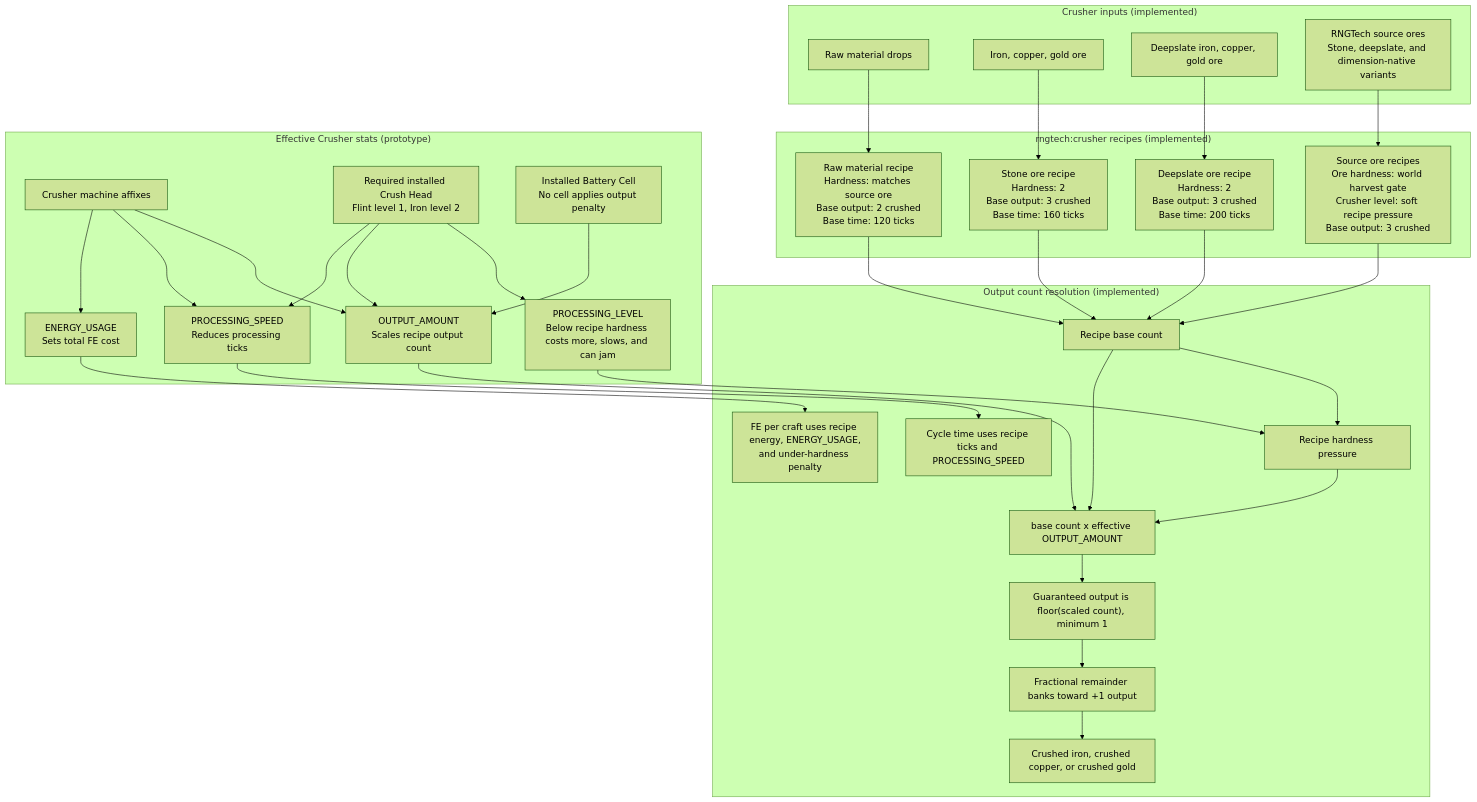
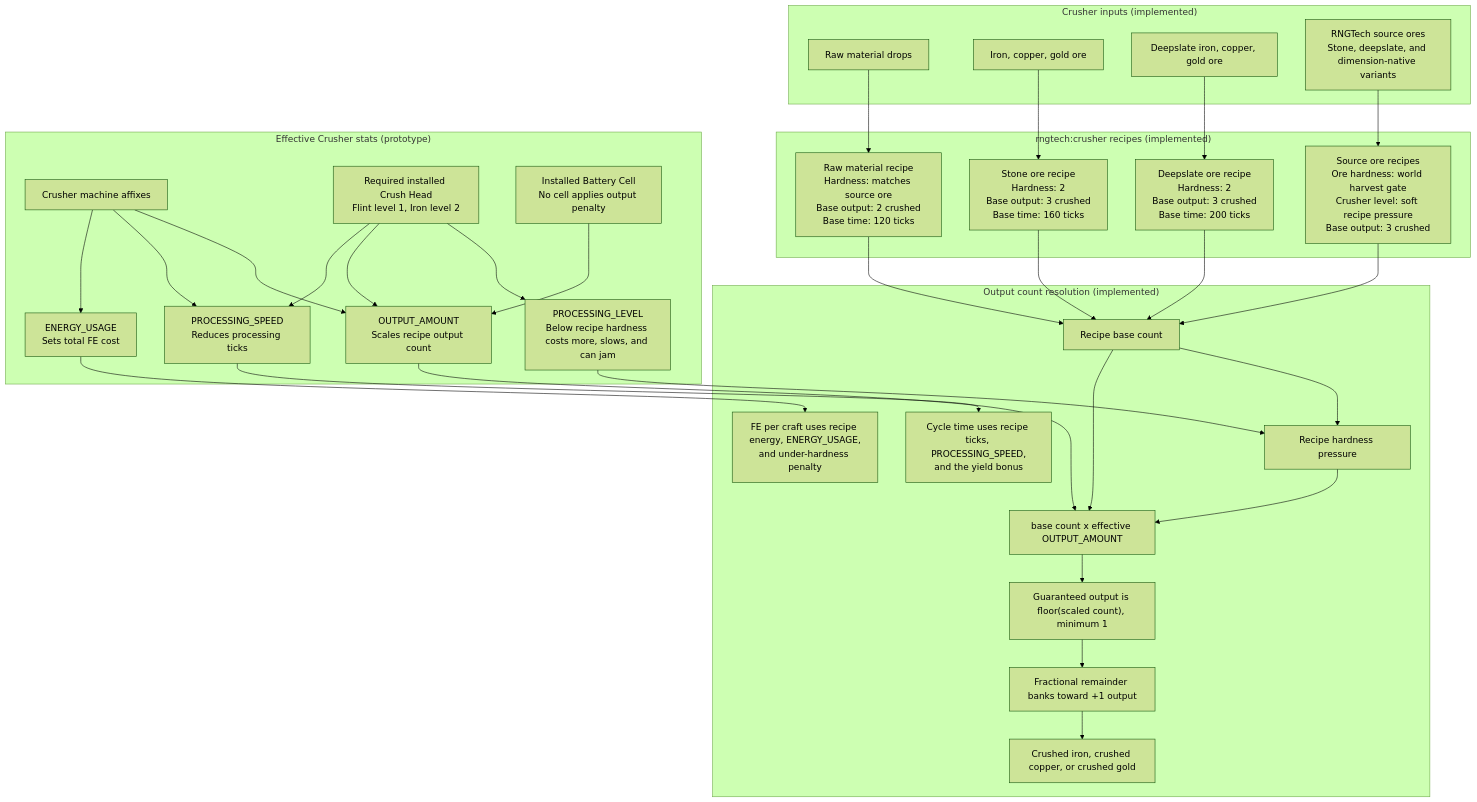
Before and after one commit to C-Pettersson/rngtech: the second of 2 diagrams in docs/systems/stage-progression-and-ore-duplication.md, drawn with Mermaid (forest theme). The commit also changed other lines of this file and 42 other files, not shown here.

First line of the commit message:
fix(balance): anchor Crusher yield and make it cost processing time

````diff
--- a/docs/systems/stage-progression-and-ore-duplication.md
+++ b/docs/systems/stage-progression-and-ore-duplication.md
@@ -66,63 +66,63 @@
 ```mermaid
 flowchart TD
     subgraph inputs["Crusher inputs (implemented)"]
         Raw["Raw material drops"]
         Ore["Iron, copper, gold ore"]
         Deepslate["Deepslate iron, copper, gold ore"]
         RngtechOre["RNGTech source ores\nStone, deepslate, and dimension-native variants"]
     end
 
     subgraph recipes["rngtech:crusher recipes (implemented)"]
         RawRecipe["Raw material recipe\nHardness: matches source ore\nBase output: 2 crushed\nBase time: 120 ticks"]
         OreRecipe["Stone ore recipe\nHardness: 2\nBase output: 3 crushed\nBase time: 160 ticks"]
         DeepslateRecipe["Deepslate ore recipe\nHardness: 2\nBase output: 3 crushed\nBase time: 200 ticks"]
         RngtechRecipe["Source ore recipes\nOre hardness: world harvest gate\nCrusher level: soft recipe pressure\nBase output: 3 crushed"]
     end
 
     subgraph stats["Effective Crusher stats (prototype)"]
         MachineAffixes["Crusher machine affixes"]
         CrushHead["Required installed Crush Head\nFlint level 1, Iron level 2"]
         Hardness["PROCESSING_LEVEL\nBelow recipe hardness costs more, slows, and can jam"]
         BatteryCell["Installed Battery Cell\nNo cell applies output penalty"]
         OutputAmount["OUTPUT_AMOUNT\nScales recipe output count"]
         ProcessingSpeed["PROCESSING_SPEED\nReduces processing ticks"]
         EnergyUsage["ENERGY_USAGE\nSets total FE cost"]
     end
 
     subgraph output["Output count resolution (implemented)"]
         BaseCount["Recipe base count"]
         HardnessGate["Recipe hardness pressure"]
-        CycleTime["Cycle time uses recipe ticks and PROCESSING_SPEED"]
+        CycleTime["Cycle time uses recipe ticks, PROCESSING_SPEED,\nand the yield bonus"]
         FeCost["FE per craft uses recipe energy, ENERGY_USAGE,\nand under-hardness penalty"]
         ScaledCount["base count x effective OUTPUT_AMOUNT"]
         Guaranteed["Guaranteed output is floor(scaled count), minimum 1"]
         Fractional["Fractional remainder banks toward +1 output"]
         Crushed["Crushed iron, crushed copper, or crushed gold"]
     end
 
     Raw --> RawRecipe
     Ore --> OreRecipe
     Deepslate --> DeepslateRecipe
     RngtechOre --> RngtechRecipe
 
     RawRecipe --> BaseCount
     OreRecipe --> BaseCount
     DeepslateRecipe --> BaseCount
     RngtechRecipe --> BaseCount
 
     MachineAffixes --> OutputAmount
     CrushHead --> Hardness
     CrushHead --> OutputAmount
     CrushHead --> ProcessingSpeed
     BatteryCell --> OutputAmount
     MachineAffixes --> ProcessingSpeed
     MachineAffixes --> EnergyUsage
 
     Hardness --> HardnessGate
     BaseCount --> HardnessGate
     HardnessGate --> ScaledCount
     OutputAmount --> ScaledCount
     BaseCount --> ScaledCount --> Guaranteed --> Fractional --> Crushed
     ProcessingSpeed --> CycleTime
     EnergyUsage --> FeCost
 ```
````
